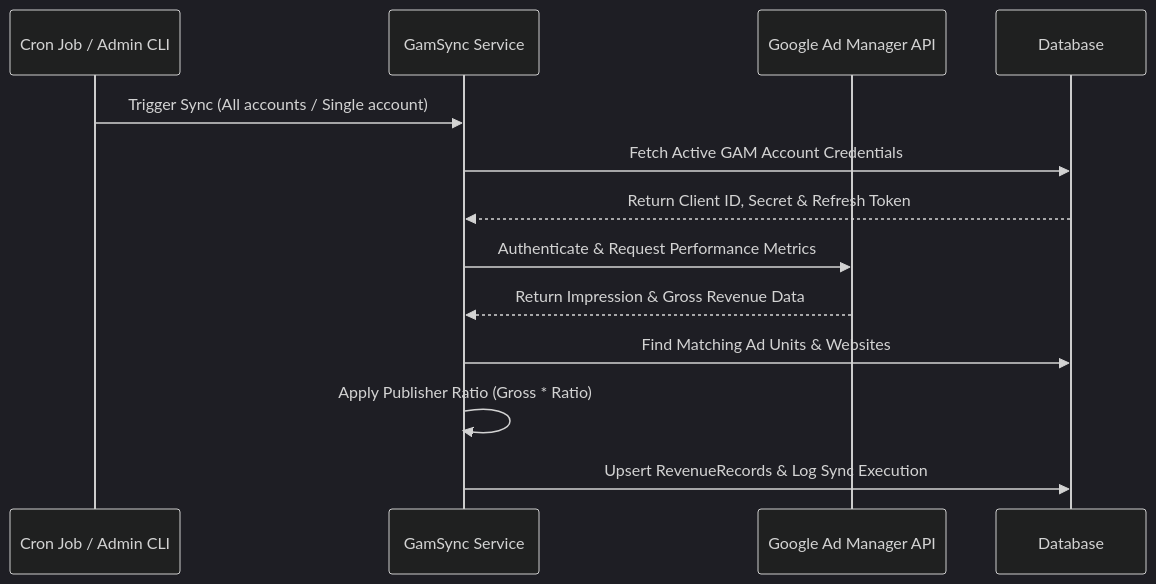
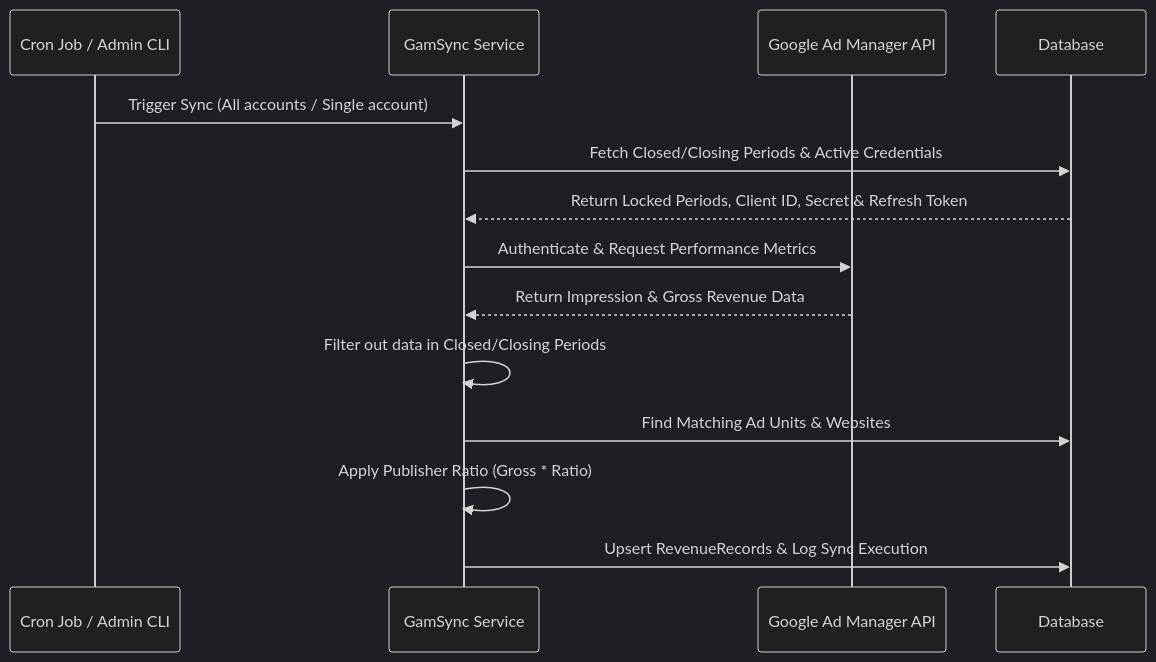
One commit to mryoussefsh/BestRevenue changed the second of 4 diagrams in docs/architecture.md. Above: the diagram before and after it, drawn with Mermaid (dark theme). The commit also changed other lines of this file and 3 other files, not shown here.

Commit message:
Update system architecture, database schema, project progress, and changelog documentation

````diff
--- a/docs/architecture.md
+++ b/docs/architecture.md
@@ -70,16 +78,17 @@
 ```mermaid
 sequenceDiagram
     participant CLI as Cron Job / Admin CLI
     participant Sync as GamSync Service
     participant GAM as Google Ad Manager API
     participant DB as Database
     
     CLI->>Sync: Trigger Sync (All accounts / Single account)
-    Sync->>DB: Fetch Active GAM Account Credentials
-    DB-->>Sync: Return Client ID, Secret & Refresh Token
+    Sync->>DB: Fetch Closed/Closing Periods & Active Credentials
+    DB-->>Sync: Return Locked Periods, Client ID, Secret & Refresh Token
     Sync->>GAM: Authenticate & Request Performance Metrics
     GAM-->>Sync: Return Impression & Gross Revenue Data
+    Sync->>Sync: Filter out data in Closed/Closing Periods
     Sync->>DB: Find Matching Ad Units & Websites
     Sync->>Sync: Apply Publisher Ratio (Gross * Ratio)
     Sync->>DB: Upsert RevenueRecords & Log Sync Execution
 ```
````
